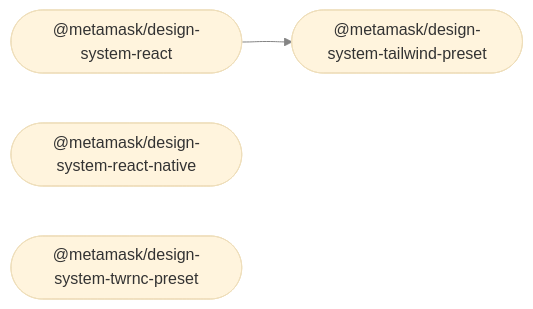
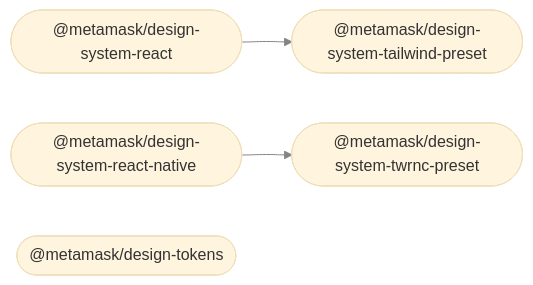
The diagram in README.md (MetaMask/metamask-design-system), drawn with Mermaid (base theme) before and after one commit. The commit also changed other lines of this file, not shown here.

Commit message:
chore: updating readme with design-tokens

````diff
--- a/README.md
+++ b/README.md
@@ -22,10 +23,12 @@
 ```mermaid
 %%{ init: { 'flowchart': { 'curve': 'bumpX' } } }%%
 graph LR;
 linkStyle default opacity:0.5
   design_system_react(["@metamask/design-system-react"]);
   design_system_react_native(["@metamask/design-system-react-native"]);
   design_system_tailwind_preset(["@metamask/design-system-tailwind-preset"]);
   design_system_twrnc_preset(["@metamask/design-system-twrnc-preset"]);
+  design_tokens(["@metamask/design-tokens"]);
   design_system_react --> design_system_tailwind_preset;
+  design_system_react_native --> design_system_twrnc_preset;
 ```
````
